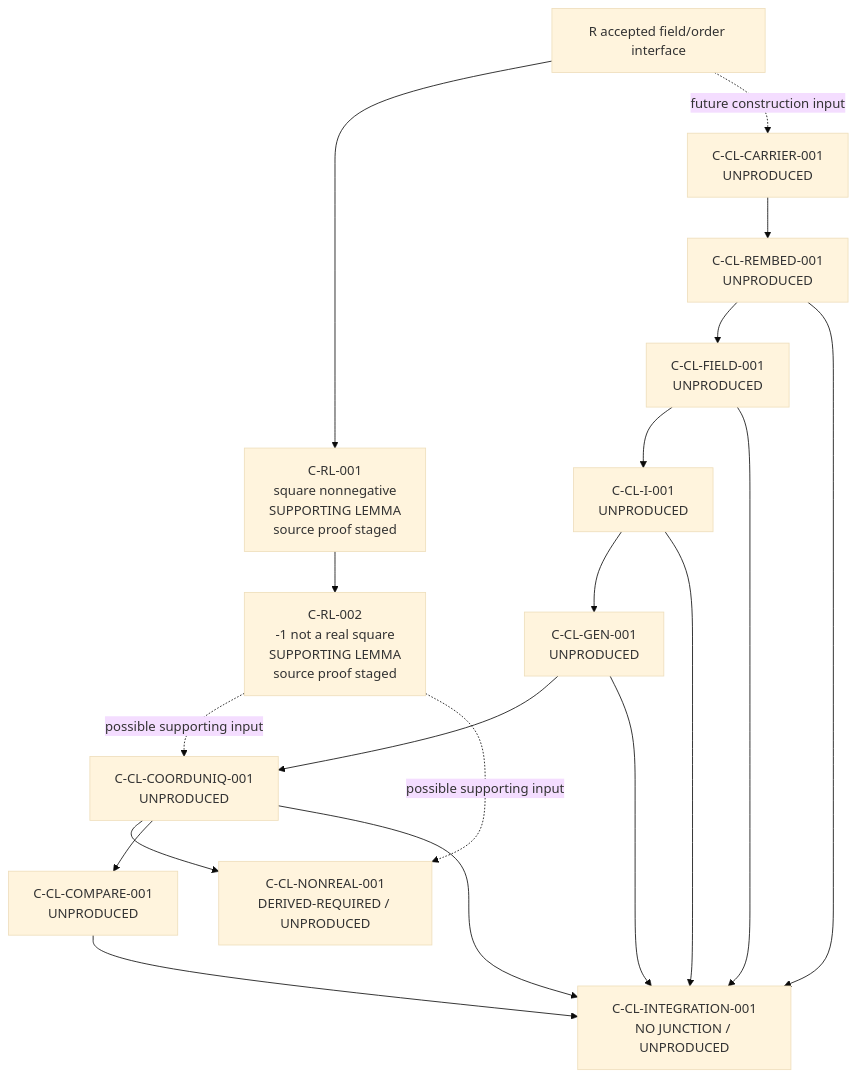
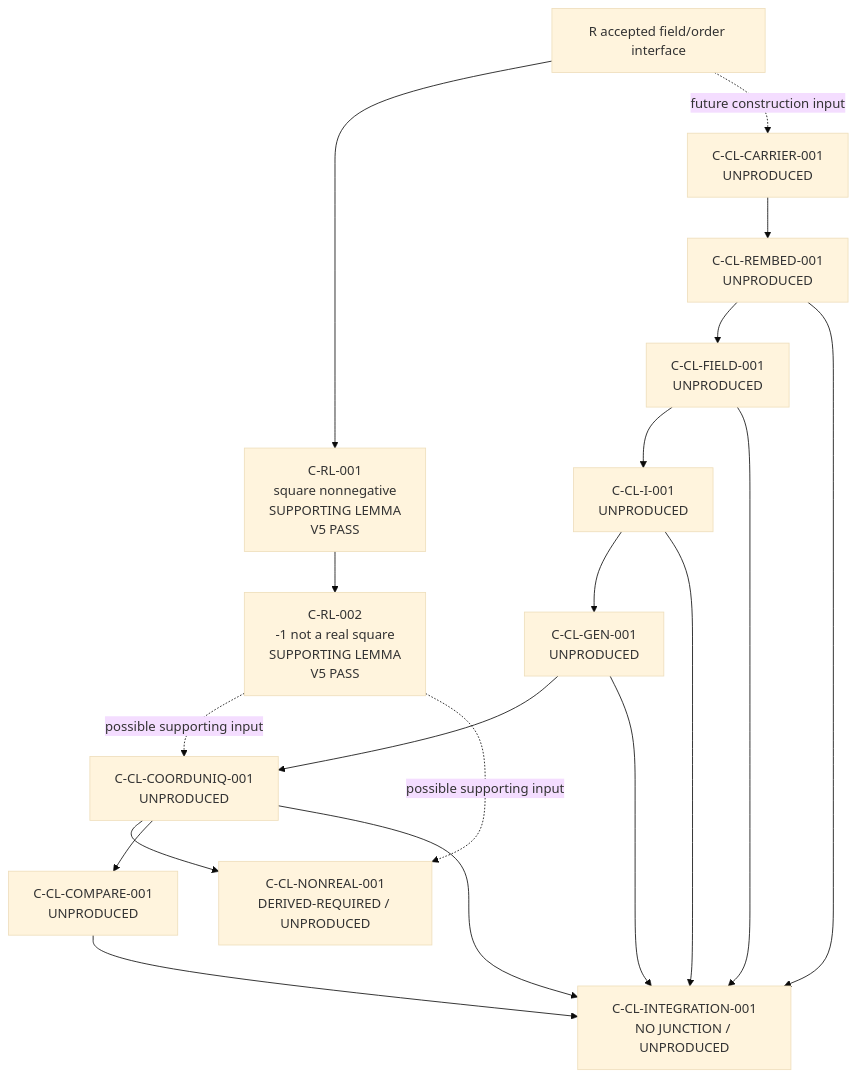
One commit to Scientifica-eng/BOMA changed the seventh of 7 diagrams in LAB/00_ARCHITECTURE/views/CLAIM_DEPENDENCY_GRAPH_VIEW.md. Above: the diagram before and after it, drawn with Mermaid (base theme). The commit also changed other lines of this file and 13 other files, not shown here.

````diff
--- a/LAB/00_ARCHITECTURE/views/CLAIM_DEPENDENCY_GRAPH_VIEW.md
+++ b/LAB/00_ARCHITECTURE/views/CLAIM_DEPENDENCY_GRAPH_VIEW.md
@@ -273,30 +273,30 @@
 ```mermaid
 flowchart TD
   RINT[R accepted field/order interface]
-  CRL1[C-RL-001\nsquare nonnegative\nSUPPORTING LEMMA\nsource proof staged]
-  CRL2[C-RL-002\n-1 not a real square\nSUPPORTING LEMMA\nsource proof staged]
+  CRL1[C-RL-001\nsquare nonnegative\nSUPPORTING LEMMA\nV5 PASS]
+  CRL2[C-RL-002\n-1 not a real square\nSUPPORTING LEMMA\nV5 PASS]
 
   CC[C-CL-CARRIER-001\nUNPRODUCED]
   CE[C-CL-REMBED-001\nUNPRODUCED]
   CF[C-CL-FIELD-001\nUNPRODUCED]
   CI[C-CL-I-001\nUNPRODUCED]
   CG[C-CL-GEN-001\nUNPRODUCED]
   CU[C-CL-COORDUNIQ-001\nUNPRODUCED]
   CN[C-CL-NONREAL-001\nDERIVED-REQUIRED / UNPRODUCED]
   CMP[C-CL-COMPARE-001\nUNPRODUCED]
   CINT[C-CL-INTEGRATION-001\nNO JUNCTION / UNPRODUCED]
 
   RINT --> CRL1 --> CRL2
   RINT -. future construction input .-> CC
   CC --> CE --> CF --> CI --> CG --> CU
   CRL2 -. possible supporting input .-> CU
   CU --> CN
   CU --> CMP
   CRL2 -. possible supporting input .-> CN
   CMP --> CINT
   CF --> CINT
   CE --> CINT
   CI --> CINT
   CG --> CINT
   CU --> CINT
 ```
````
